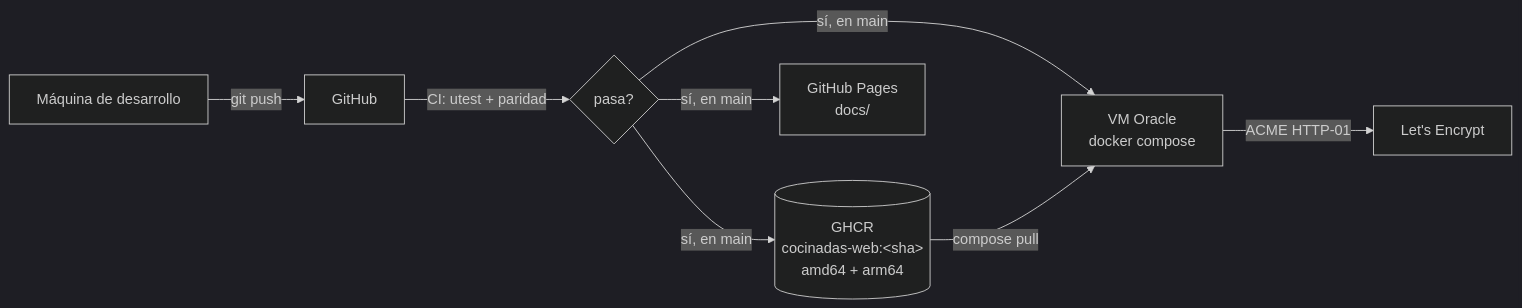
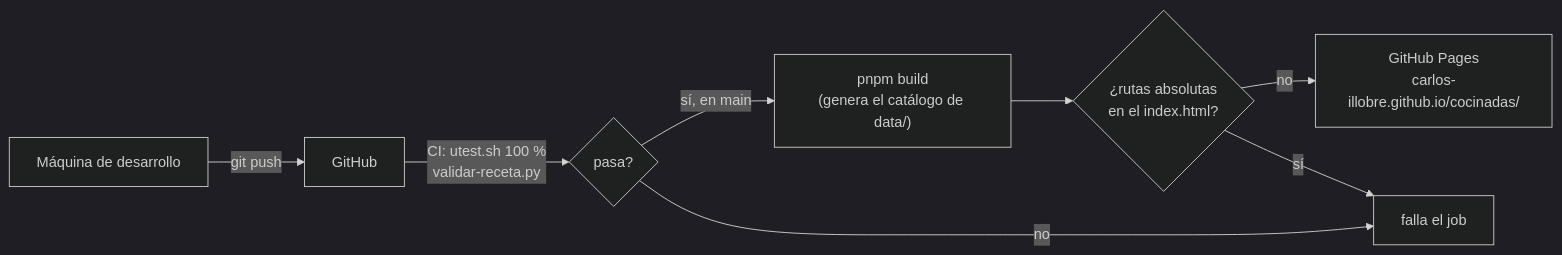
Before and after one commit to carlos-illobre/cocinadas: the fourth of 4 diagrams in docs/ARCHITECTURE.md, drawn with Mermaid (dark theme). The commit also changed other lines of this file and 22 other files, not shown here.

````diff
--- a/docs/ARCHITECTURE.md
+++ b/docs/ARCHITECTURE.md
@@ -133,10 +121,10 @@
 ```mermaid
 flowchart LR
   dev[Máquina de desarrollo] -- git push --> gh[GitHub]
-  gh -- CI: utest + paridad --> ci{pasa?}
-  ci -- sí, en main --> ghcr[(GHCR<br/>cocinadas-web:&lt;sha&gt;<br/>amd64 + arm64)]
-  ci -- sí, en main --> pages[GitHub Pages<br/>docs/]
-  ci -- sí, en main --> vm[VM Oracle<br/>docker compose]
-  ghcr -- compose pull --> vm
-  vm -- ACME HTTP-01 --> le[Let's Encrypt]
+  gh -- "CI: utest.sh 100 %<br/>validar-receta.py" --> ci{pasa?}
+  ci -- "sí, en main" --> build["pnpm build<br/>(genera el catálogo de data/)"]
+  build --> guarda{"¿rutas absolutas<br/>en el index.html?"}
+  guarda -- "no" --> pages["GitHub Pages<br/>carlos-illobre.github.io/cocinadas/"]
+  guarda -- "sí" --> falla["falla el job"]
+  ci -- "no" --> falla
 ```
````
